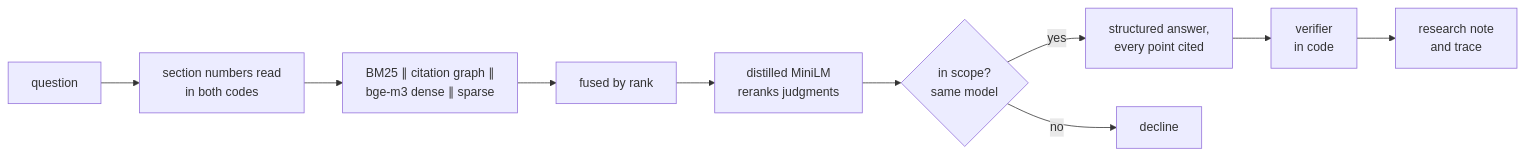
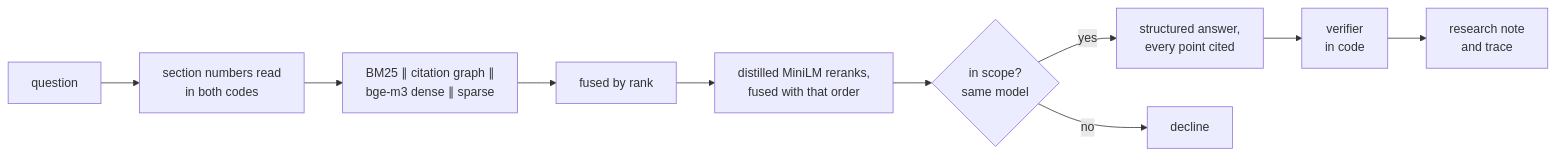
One commit to Arav-Arun/Dhara changed the diagram in README.md. Above: the diagram before and after it, drawn with Mermaid. The commit also changed other lines of this file and 16 other files, not shown here.

````diff
--- a/README.md
+++ b/README.md
@@ -24,12 +24,12 @@
 ```mermaid
 flowchart LR
     Q[question] --> E[section numbers read<br>in both codes]
     E --> R[BM25 ∥ citation graph ∥<br>bge-m3 dense ∥ sparse]
     R --> F[fused by rank]
-    F --> X[distilled MiniLM<br>reranks judgments]
+    F --> X[distilled MiniLM reranks,<br>fused with that order]
     X --> C{in scope?<br>same model}
     C -->|yes| G[structured answer,<br>every point cited]
     C -->|no| D[decline]
     G --> V[verifier<br>in code]
     V --> A[research note<br>and trace]
 ```
````
